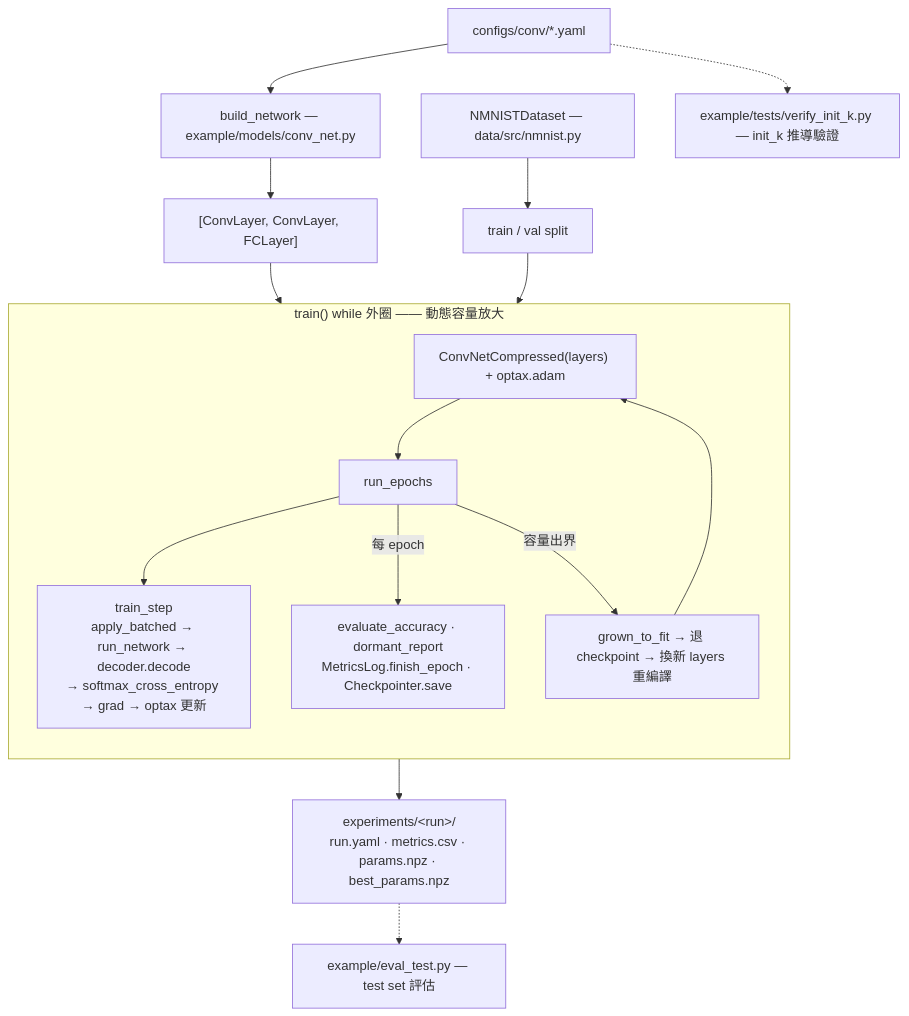
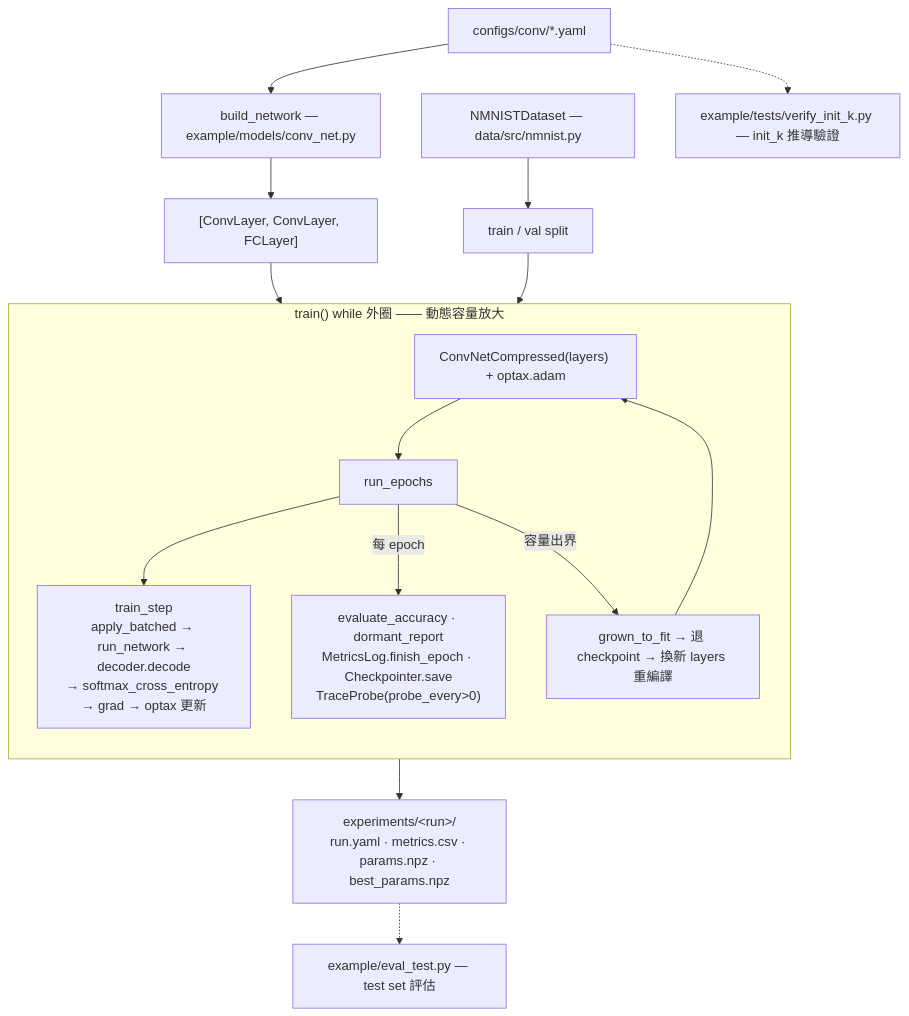
The second of 2 diagrams in docs/架構.md (Salt-Shio/Spiking-Affine-Lazy-Training), drawn with Mermaid before and after one commit. The commit also changed other lines of this file and 10 other files, not shown here.

````diff
--- a/docs/架構.md
+++ b/docs/架構.md
@@ -87,21 +87,21 @@
 ```mermaid
 flowchart TD
     CFG["configs/conv/*.yaml"] --> BN["build_network — example/models/conv_net.py"]
     BN --> LAYERS["[ConvLayer, ConvLayer, FCLayer]"]
     DS["NMNISTDataset — data/src/nmnist.py"] --> SPLIT["train / val split"]
 
     LAYERS --> WHILE
     SPLIT --> WHILE
     subgraph WHILE["train() while 外圈 —— 動態容量放大"]
         direction TB
         NET["ConvNetCompressed(layers) + optax.adam"] --> RE["run_epochs"]
         RE --> TS["train_step<br/>apply_batched → run_network → decoder.decode<br/>→ softmax_cross_entropy → grad → optax 更新"]
-        RE -->|"每 epoch"| PE["evaluate_accuracy · dormant_report<br/>MetricsLog.finish_epoch · Checkpointer.save"]
+        RE -->|"每 epoch"| PE["evaluate_accuracy · dormant_report<br/>MetricsLog.finish_epoch · Checkpointer.save<br/>TraceProbe(probe_every>0)"]
         RE -->|"容量出界"| GROW["grown_to_fit → 退 checkpoint → 換新 layers 重編譯"]
         GROW --> NET
     end
     WHILE --> OUT["experiments/&lt;run&gt;/<br/>run.yaml · metrics.csv · params.npz · best_params.npz"]
 
     OUT -.-> EVAL["example/eval_test.py — test set 評估"]
     CFG -.-> VER["example/tests/verify_init_k.py — init_k 推導驗證"]
 ```
````
